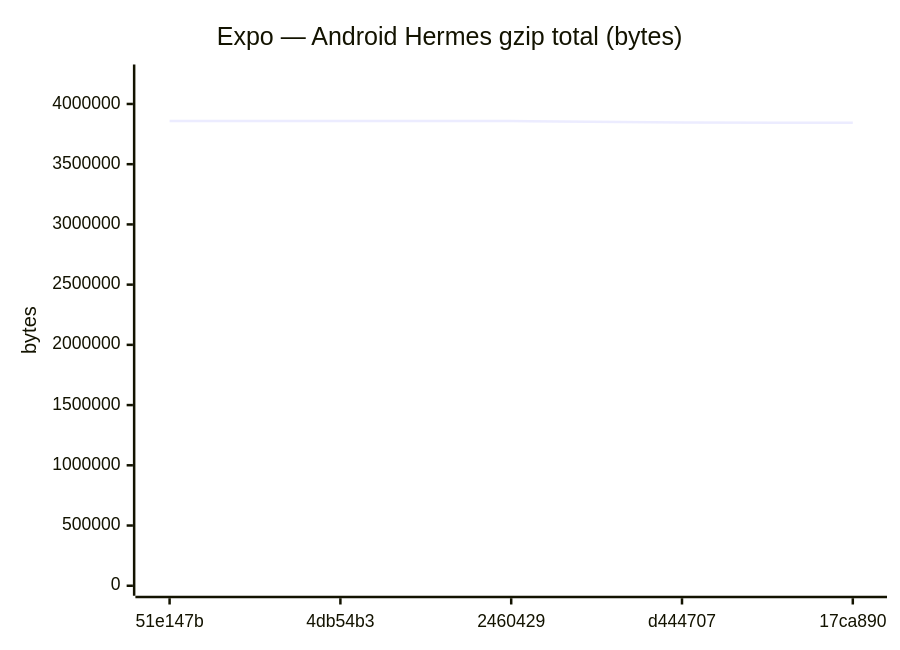
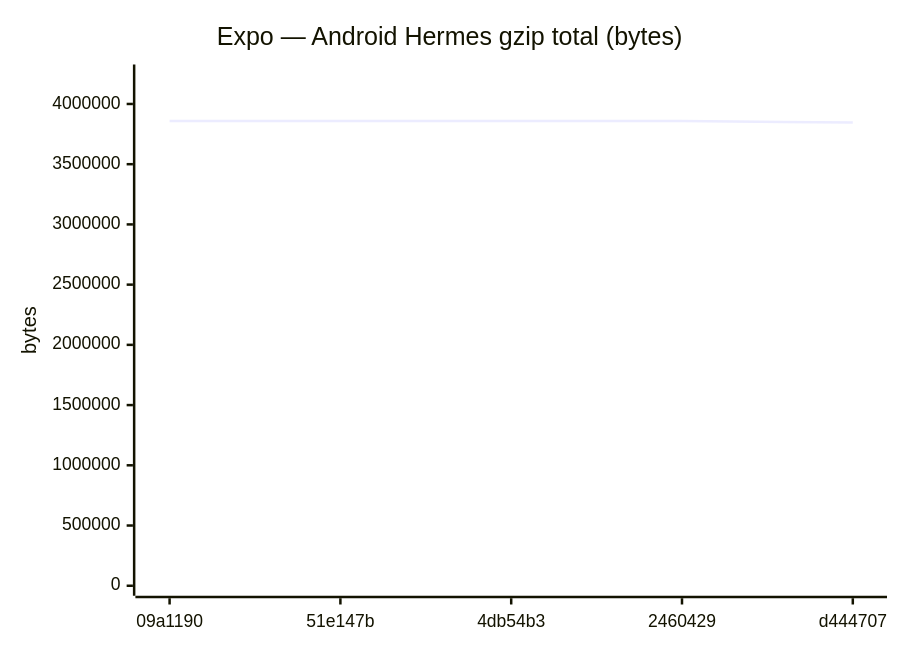
Diagram 11 of 18 in benchmarks/compare.md (Metaheurist/Rianell), drawn with Mermaid before and after one commit. The commit also changed other lines of this file and 11 other files, not shown here.

````diff
--- a/benchmarks/compare.md
+++ b/benchmarks/compare.md
@@ -172,7 +172,7 @@
 ```mermaid
 xychart-beta
     title "Expo — Android Hermes gzip total (bytes)"
-    x-axis ["51e147b", "4db54b3", "2460429", "d444707", "17ca890"]
+    x-axis ["09a1190", "51e147b", "4db54b3", "2460429", "d444707"]
     y-axis "bytes" 0 --> 4244641
-    line [3858763, 3858762, 3858764, 3845905, 3843474]
+    line [3858763, 3858763, 3858762, 3858764, 3845905]
 ```
````
